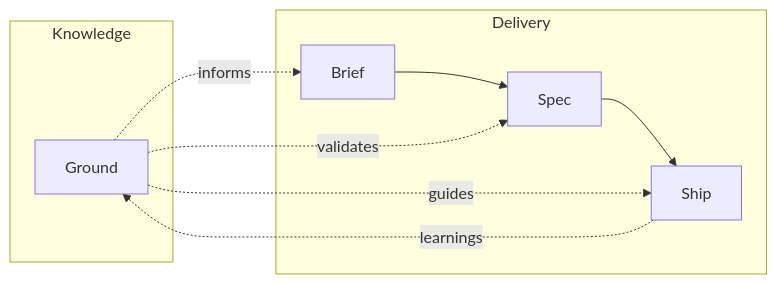
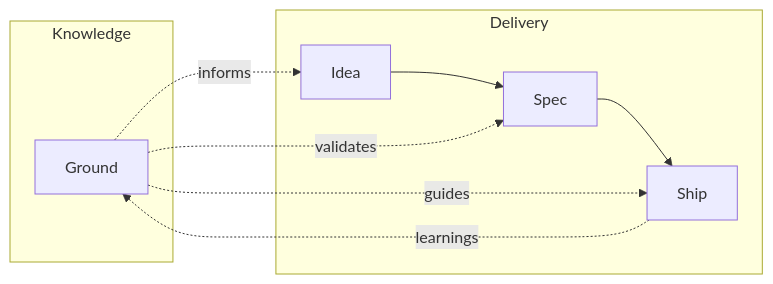
The diagram in README.md (mindrevolution/mill), drawn with Mermaid before and after one commit. The commit also changed other lines of this file and 7 other files, not shown here.

First line of the commit message:
refactor(idea): rename brief to idea for clearer terminology

````diff
--- a/README.md
+++ b/README.md
@@ -43,16 +43,16 @@
 ```mermaid
 flowchart LR
     subgraph Knowledge
         G[Ground]
     end
 
     subgraph Delivery
-        B[Brief] --> S[Spec] --> X[Ship]
+        I[Idea] --> S[Spec] --> X[Ship]
     end
 
-    G -.->|informs| B
+    G -.->|informs| I
     G -.->|validates| S
     G -.->|guides| X
 
     X -.->|learnings| G
 ```
````
